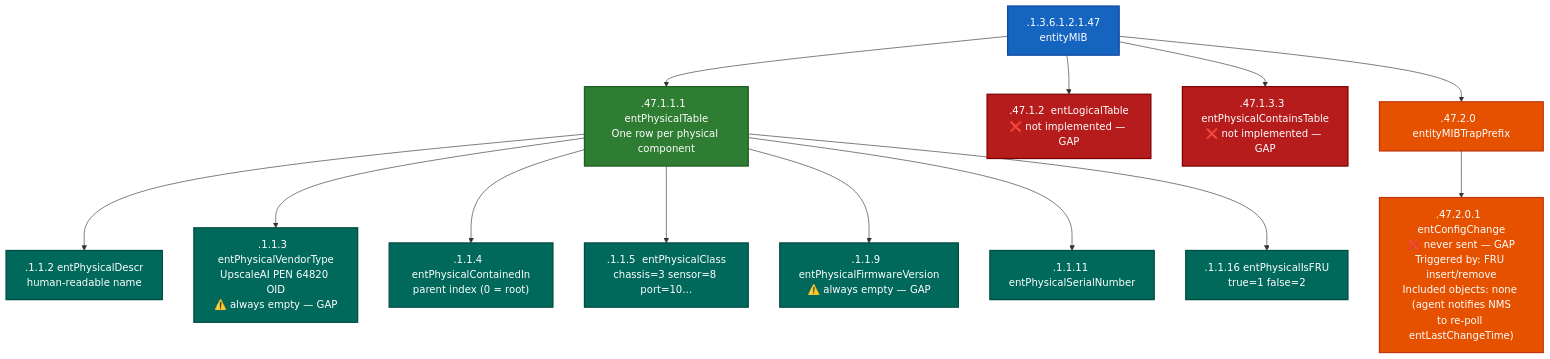
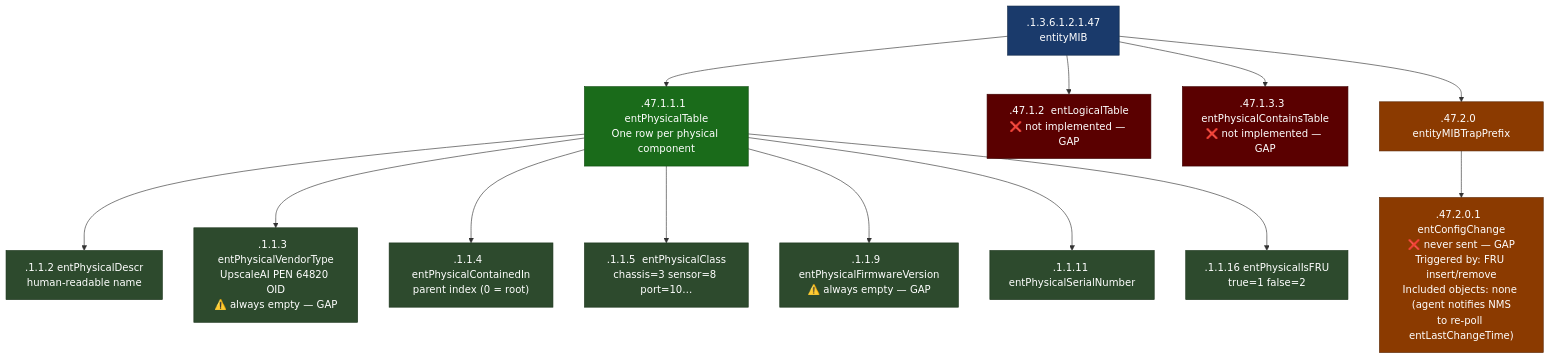
Before and after one commit to thongal-upscale/sonic-snmpagent: the tenth of 17 diagrams in docs/nms_compliance_gaps.md, drawn with Mermaid. The commit also changed other lines of this file, not shown here.

Commit message:
docs: address review — MD040 code fences, hyphen, entity gap numbering

````diff
--- a/docs/nms_compliance_gaps.md
+++ b/docs/nms_compliance_gaps.md
@@ -738,29 +738,29 @@
 ```mermaid
 graph TD
-    classDef root fill:#1565C0,color:#fff,stroke:#0D47A1,stroke-width:2px
-    classDef table fill:#2E7D32,color:#fff,stroke:#1B5E20,stroke-width:2px
-    classDef obj fill:#00695C,color:#fff,stroke:#004D40,stroke-width:2px
-    classDef notif fill:#E65100,color:#fff,stroke:#BF360C,stroke-width:2px
-    classDef gap fill:#B71C1C,color:#fff,stroke:#7F0000,stroke-width:2px
+    classDef root fill:#1a3a6b,color:#fff,stroke:#0d2545
+    classDef table fill:#1a6b1a,color:#fff,stroke:#0d4a0d
+    classDef obj fill:#2d4a2d,color:#fff,stroke:#1a331a
+    classDef notif fill:#8b3a00,color:#fff,stroke:#5a2500
+    classDef gap fill:#5a0000,color:#fff,stroke:#3d0000
 
     ROOT[".1.3.6.1.2.1.47\nentityMIB"]:::root
     PHYS[".47.1.1.1  entPhysicalTable\nOne row per physical component"]:::table
     LOG[".47.1.2  entLogicalTable\n❌ not implemented — GAP"]:::gap
     CONTAINS[".47.1.3.3  entPhysicalContainsTable\n❌ not implemented — GAP"]:::gap
     NOTIF[".47.2.0  entityMIBTrapPrefix"]:::notif
 
     ROOT --> PHYS
     ROOT --> LOG
     ROOT --> CONTAINS
     ROOT --> NOTIF
 
     PHYS --> C1[".1.1.2  entPhysicalDescr\nhuman-readable name"]:::obj
     PHYS --> C2[".1.1.3  entPhysicalVendorType\nUpscaleAI PEN 64820 OID\n⚠️ always empty — GAP"]:::obj
     PHYS --> C3[".1.1.4  entPhysicalContainedIn\nparent index (0 = root)"]:::obj
     PHYS --> C4[".1.1.5  entPhysicalClass\nchassis=3 sensor=8 port=10…"]:::obj
     PHYS --> C5[".1.1.9  entPhysicalFirmwareVersion\n⚠️ always empty — GAP"]:::obj
     PHYS --> C6[".1.1.11 entPhysicalSerialNumber"]:::obj
     PHYS --> C7[".1.1.16 entPhysicalIsFRU\ntrue=1 false=2"]:::obj
 
     NOTIF --> N1[".47.2.0.1  entConfigChange\n❌ never sent — GAP\nTriggered by: FRU insert/remove\nIncluded objects: none (agent notifies NMS\nto re-poll entLastChangeTime)"]:::notif
 ```
````
